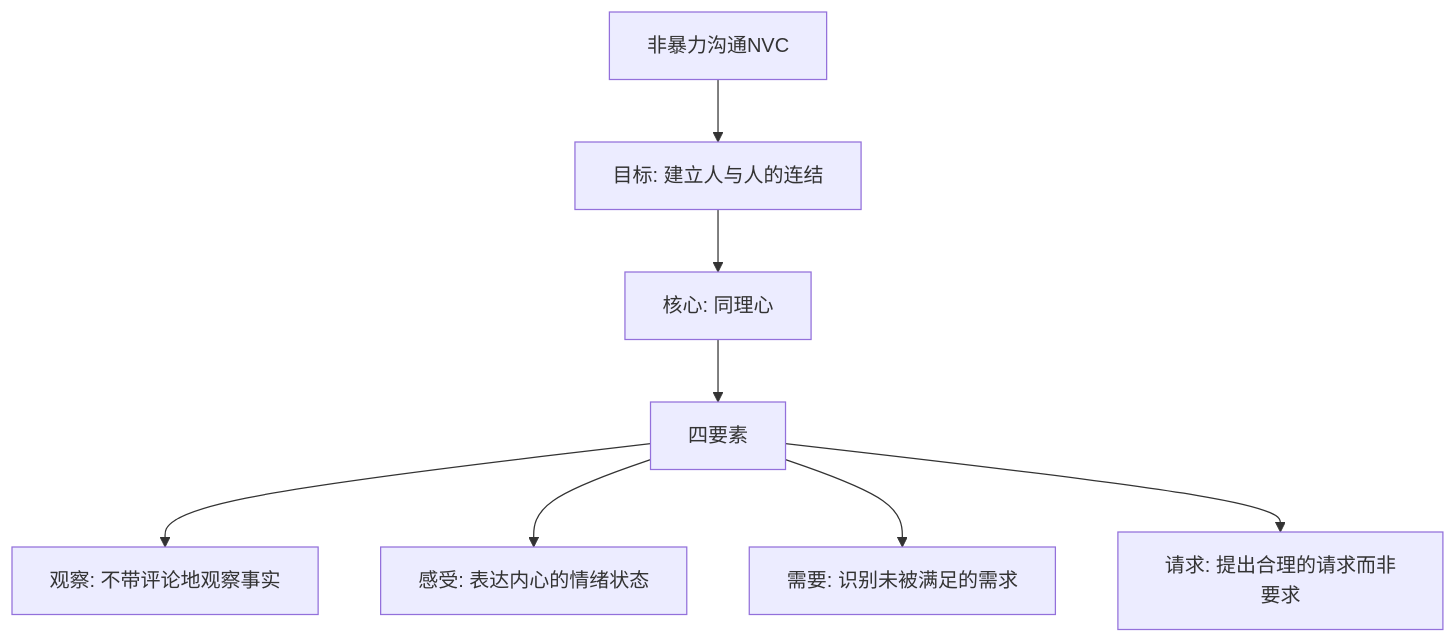
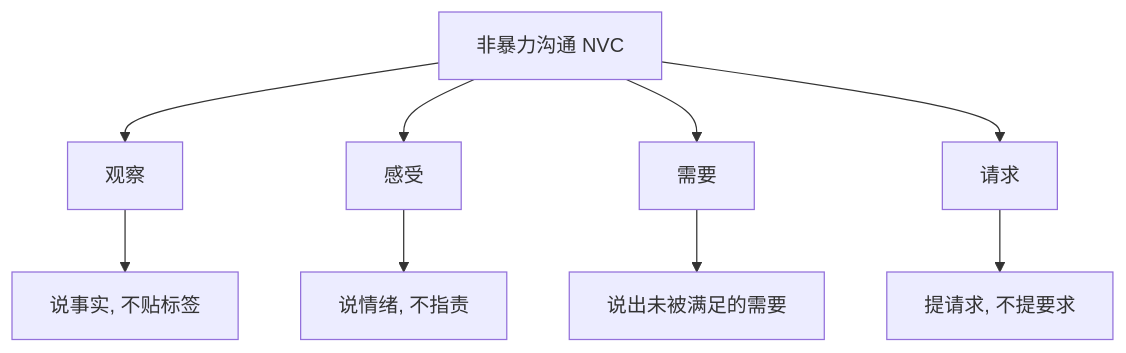
One commit to chongyang211/YCBookBlog changed the seventh of 14 diagrams in packages/website/13.书籍/06.自我精进·立言/02.沟通实战/02.沟通能力的演进.md. Above: the diagram before and after it, drawn with Mermaid. The commit also changed other lines of this file, not shown here.

````diff
--- a/packages/website/13.书籍/06.自我精进·立言/02.沟通实战/02.沟通能力的演进.md
+++ b/packages/website/13.书籍/06.自我精进·立言/02.沟通实战/02.沟通能力的演进.md
@@ -212,10 +213,11 @@
 ```mermaid
 graph TD
-    A[非暴力沟通NVC] --> B[目标: 建立人与人的连结]
-    B --> C[核心: 同理心]
-    C --> D[四要素]
-    D --> D1[观察: 不带评论地观察事实]
-    D --> D2[感受: 表达内心的情绪状态]
-    D --> D3[需要: 识别未被满足的需求]
-    D --> D4[请求: 提出合理的请求而非要求]
+    A[非暴力沟通 NVC] --> B[观察]
+    A --> C[感受]
+    A --> D[需要]
+    A --> E[请求]
+    B --> B1[说事实, 不贴标签]
+    C --> C1[说情绪, 不指责]
+    D --> D1[说出未被满足的需要]
+    E --> E1[提请求, 不提要求]
 ```
````
